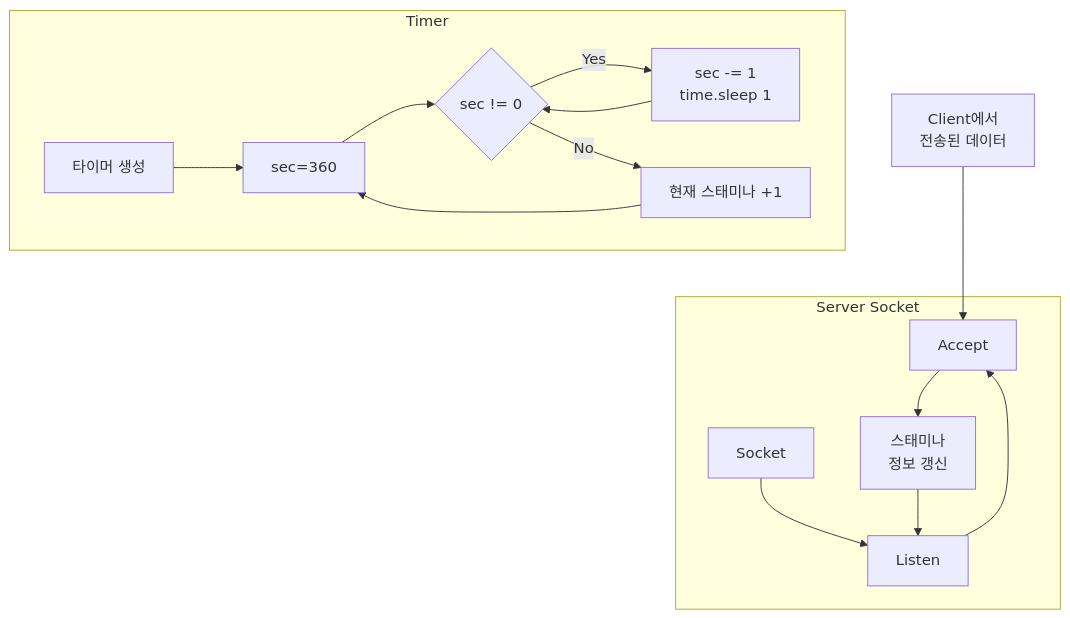
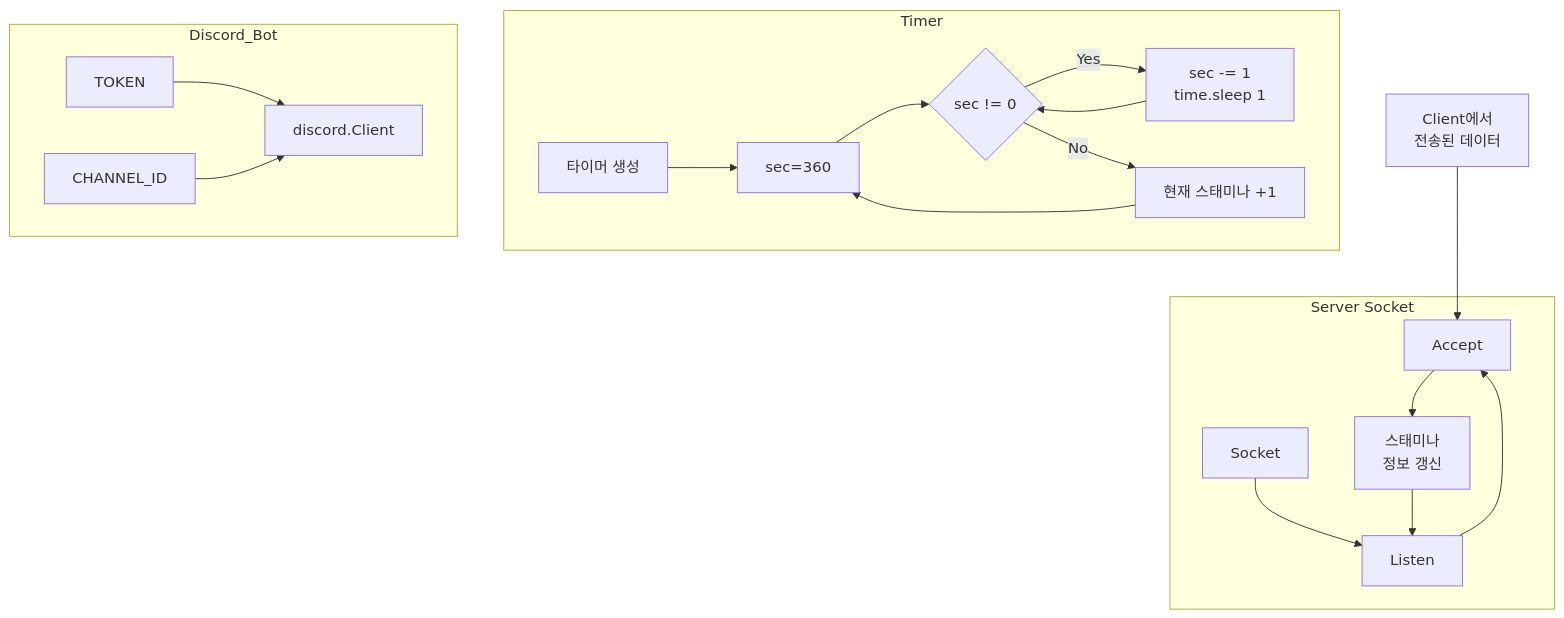
Before and after one commit to 201710808/Game-Stamina-Alarm: the third of 3 diagrams in README.md, drawn with Mermaid.

````diff
--- a/README.md
+++ b/README.md
@@ -55,20 +55,25 @@
 ```mermaid
 graph TB;
     data[Client에서\n전송된 데이터]-->Accept;
     
     subgraph Server Socket;
     Socket-->Listen;
     Listen-->Accept;
     Accept-->stamina_sync[스태미나\n정보 갱신];
     stamina_sync-->Listen;
     end;
 
     subgraph Timer;
     timer_start[타이머 생성]-->sec;
     sec[sec=360]-->condition{sec != 0};
     condition-->|"Yes"|process_time[sec -= 1\ntime.sleep 1];
     process_time-->condition;
     condition-->|"No"|sync_stamina[현재 스태미나 +1];
     sync_stamina-->sec;
-    end;    
+    end;
+
+    subgraph Discord_Bot;
+    TOKEN-->Client[discord.Client];
+    CHANNEL_ID-->Client;
+    end;
 ```
````
